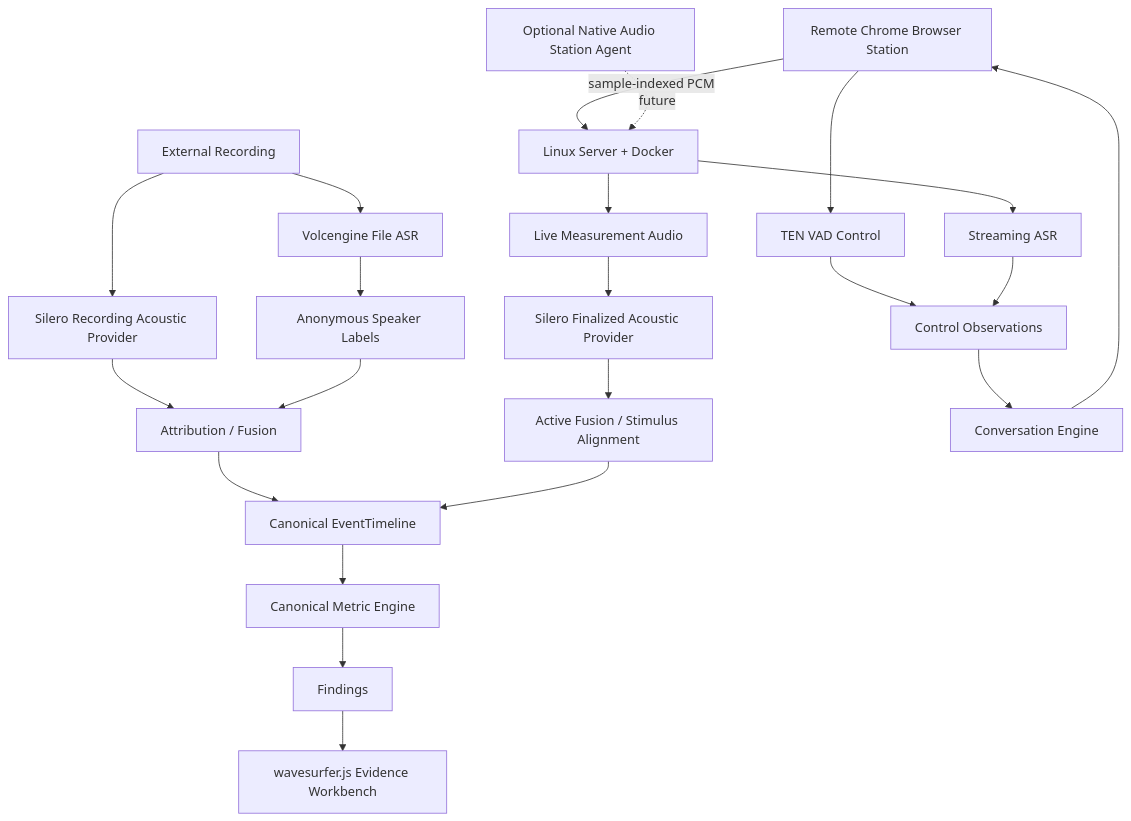
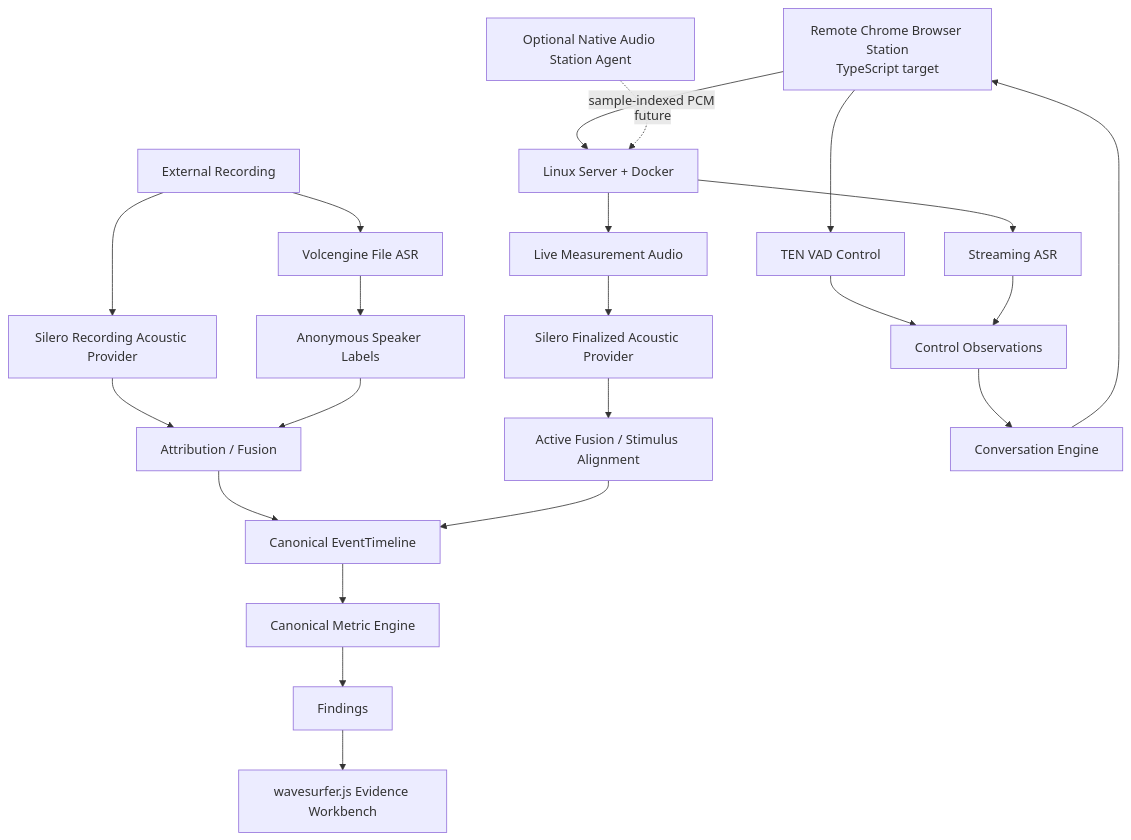
One commit to lybym/AIVoiceBench changed the diagram in docs/01-system-architecture.md. Above: the diagram before and after it, drawn with Mermaid. The commit also changed other lines of this file and 5 other files, not shown here.

Commit message:
docs: adopt TypeScript for Browser Station

````diff
--- a/docs/01-system-architecture.md
+++ b/docs/01-system-architecture.md
@@ -389,29 +396,29 @@
 ```mermaid
 flowchart TD
-  BS[Remote Chrome Browser Station] -->|sample-indexed PCM| LS[Linux Server + Docker]
+  BS[Remote Chrome Browser Station<br/>TypeScript target] -->|sample-indexed PCM| LS[Linux Server + Docker]
   BS --> TEN[TEN VAD Control]
   TEN --> CO[Control Observations]
   LS --> LMA[Live Measurement Audio]
   LMA --> SIL[Silero Finalized Acoustic Provider]
 
   ER[External Recording] --> SIL2[Silero Recording Acoustic Provider]
   ER --> FASR[Volcengine File ASR]
   FASR --> SPK[Anonymous Speaker Labels]
 
   SIL2 --> FUS[Attribution / Fusion]
   SPK --> FUS
   SIL --> FUS2[Active Fusion / Stimulus Alignment]
 
   FUS --> TL[Canonical EventTimeline]
   FUS2 --> TL
   TL --> MX[Canonical Metric Engine]
   MX --> FI[Findings]
   FI --> UI[wavesurfer.js Evidence Workbench]
 
   LS --> SASR[Streaming ASR]
   SASR --> CO
   CO --> ENG[Conversation Engine]
   ENG --> BS
 
   HIL[Optional Native Audio Station Agent] -. future .-> LS
 ```
````
